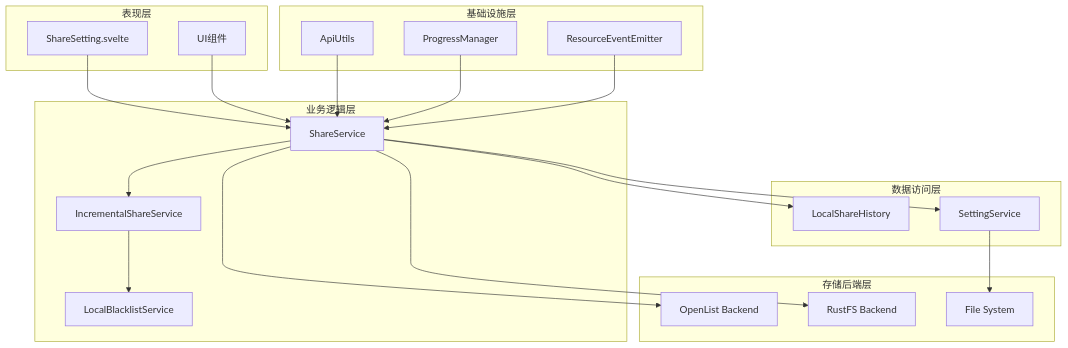
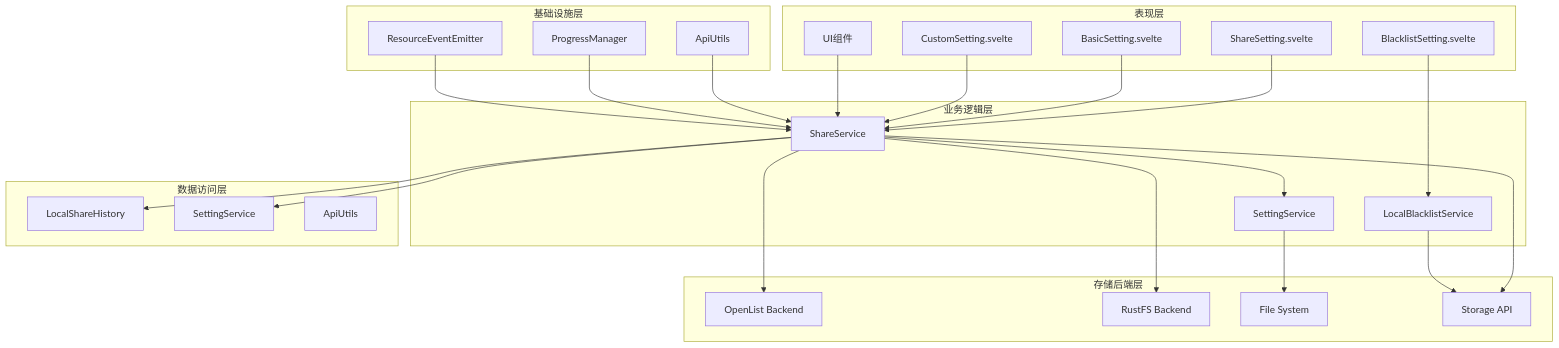
One commit to terwerinc/siyuan-plugin-share-pro changed the fourth of 10 diagrams in .qoder/repowiki/zh/content/核心功能/自定义存储系统.md. Above: the diagram before and after it, drawn with Mermaid. The commit also changed other lines of this file and 6 other files, not shown here.

Commit message:
docs: add storage API documentation and update dev environment config

````diff
--- a/.qoder/repowiki/zh/content/核心功能/自定义存储系统.md
+++ b/.qoder/repowiki/zh/content/核心功能/自定义存储系统.md
@@ -163,38 +189,47 @@
 ```mermaid
 graph TB
 subgraph "表现层"
 A[ShareSetting.svelte]
 B[UI组件]
+C[BasicSetting.svelte]
+D[CustomSetting.svelte]
+E[BlacklistSetting.svelte]
 end
 subgraph "业务逻辑层"
-C[ShareService]
-D[IncrementalShareService]
-E[LocalBlacklistService]
+F[ShareService]
+G[SettingService]
+H[LocalBlacklistService]
 end
 subgraph "数据访问层"
-F[LocalShareHistory]
-G[SettingService]
+I[LocalShareHistory]
+J[SettingService]
+K[ApiUtils]
 end
 subgraph "存储后端层"
-H[OpenList Backend]
-I[RustFS Backend]
-J[File System]
+L[OpenList Backend]
+M[RustFS Backend]
+N[File System]
+O[Storage API]
 end
 subgraph "基础设施层"
-K[ApiUtils]
-L[ProgressManager]
-M[ResourceEventEmitter]
+P[ProgressManager]
+Q[ResourceEventEmitter]
+R[ApiUtils]
 end
-A --> C
-B --> C
-C --> D
+A --> F
 C --> F
-C --> G
-C --> H
-C --> I
-D --> E
-G --> J
-K --> C
-L --> C
-M --> C
+D --> F
+E --> H
+B --> F
+F --> G
+F --> I
+F --> J
+F --> L
+F --> M
+F --> O
+G --> N
+H --> O
+R --> F
+P --> F
+Q --> F
 ```
````
